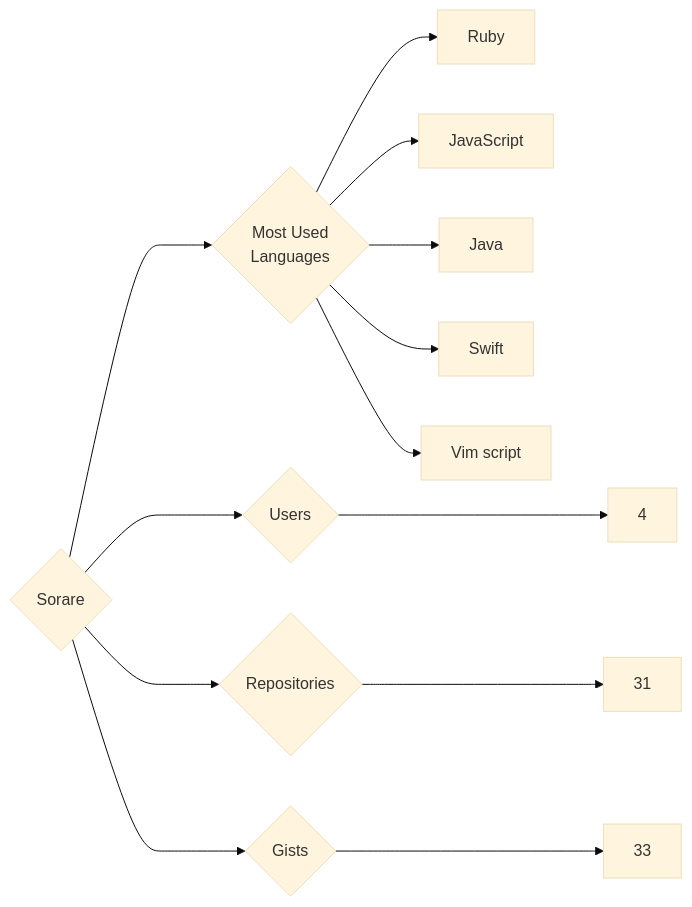
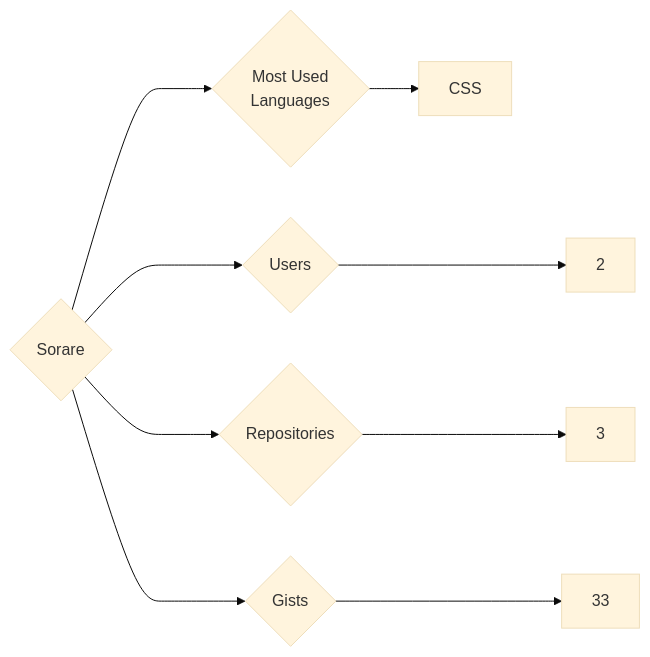
Before and after one commit to trickest/insiders: the diagram in targets/Sorare/README.md, drawn with Mermaid (base theme). The commit also changed 582 other files, not shown here.

````diff
--- a/targets/Sorare/README.md
+++ b/targets/Sorare/README.md
@@ -3,13 +3,9 @@
 ```mermaid
 graph LR
 COMPANY_NAME{Sorare}
-COMPANY_NAME ---> U{Users} ---> UN[4]
-COMPANY_NAME ---> R{Repositories} ---> RN[31]
+COMPANY_NAME ---> U{Users} ---> UN[2]
+COMPANY_NAME ---> R{Repositories} ---> RN[3]
 COMPANY_NAME ---> G{Gists} ---> GN[33]
 COMPANY_NAME ---> ML{Most Used<br>Languages}
-ML --> Ruby[Ruby]
-ML --> JavaScript[JavaScript]
-ML --> Java[Java]
-ML --> Swift[Swift]
-ML --> Vim_script[Vim script]
+ML --> CSS[CSS]
 ```
````
